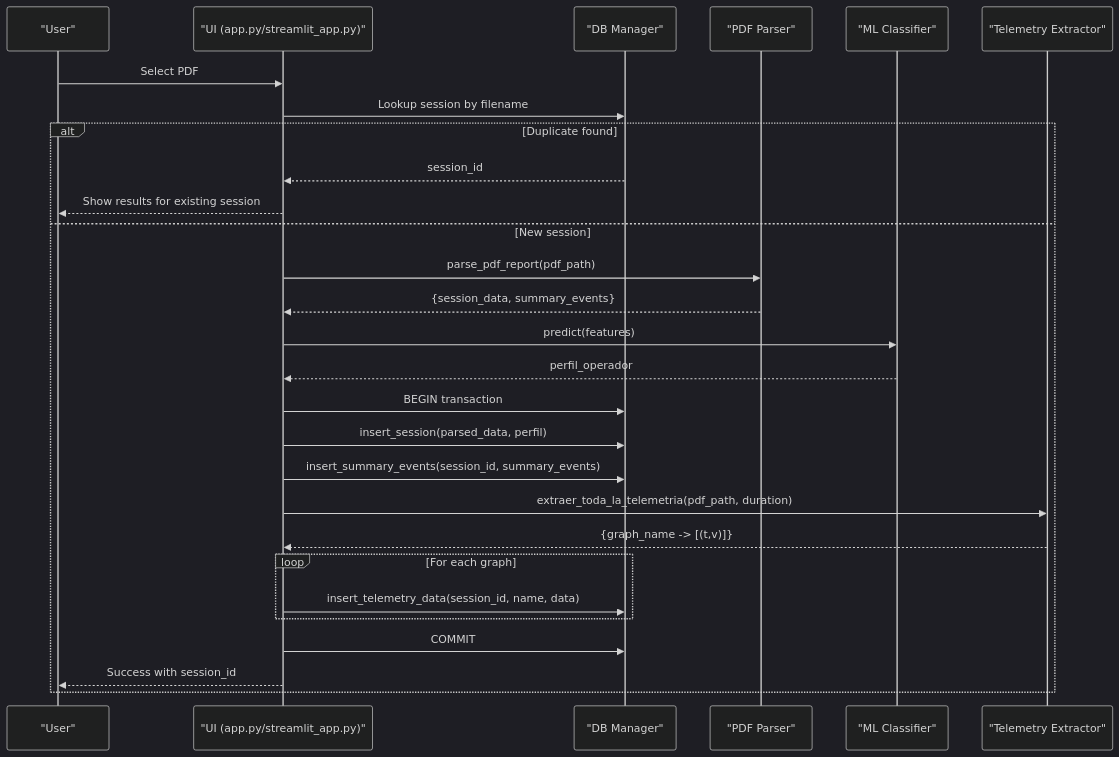
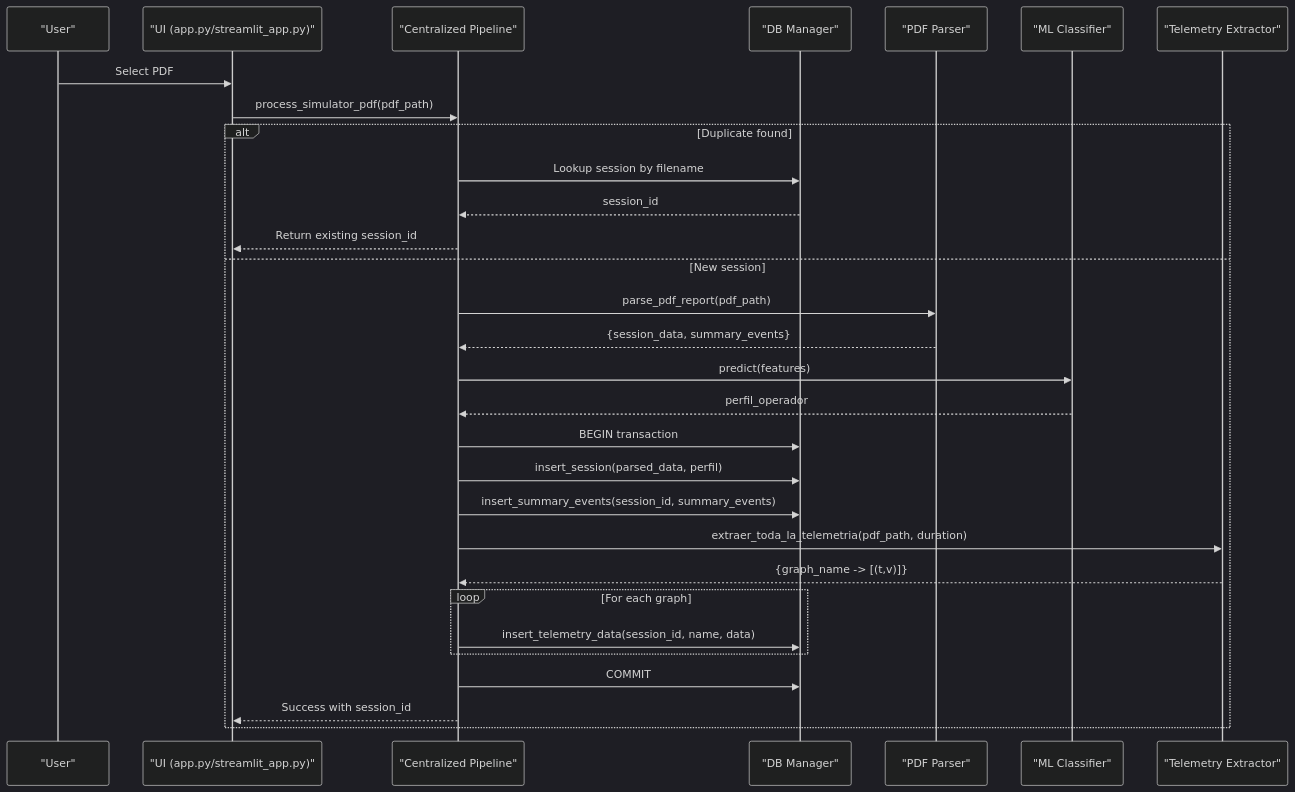
The second of 7 diagrams in .qoder/repowiki/en/content/Desktop Application/Core Workflows and Operations/PDF Processing Workflow.md (AgusCatra/Proyecto-titan.v2), drawn with Mermaid (dark theme) before and after one commit. The commit also changed other lines of this file and 36 other files, not shown here.

````diff
--- a/.qoder/repowiki/en/content/Desktop Application/Core Workflows and Operations/PDF Processing Workflow.md
+++ b/.qoder/repowiki/en/content/Desktop Application/Core Workflows and Operations/PDF Processing Workflow.md
@@ -89,30 +96,32 @@
 ```mermaid
 sequenceDiagram
 participant User as "User"
 participant UI as "UI (app.py/streamlit_app.py)"
+participant Pipeline as "Centralized Pipeline"
 participant DB as "DB Manager"
 participant Parser as "PDF Parser"
 participant ML as "ML Classifier"
 participant Telemetry as "Telemetry Extractor"
 User->>UI : Select PDF
-UI->>DB : Lookup session by filename
+UI->>Pipeline : process_simulator_pdf(pdf_path)
 alt Duplicate found
-DB-->>UI : session_id
-UI-->>User : Show results for existing session
+Pipeline->>DB : Lookup session by filename
+DB-->>Pipeline : session_id
+Pipeline-->>UI : Return existing session_id
 else New session
-UI->>Parser : parse_pdf_report(pdf_path)
-Parser-->>UI : {session_data, summary_events}
-UI->>ML : predict(features)
-ML-->>UI : perfil_operador
-UI->>DB : BEGIN transaction
-UI->>DB : insert_session(parsed_data, perfil)
-UI->>DB : insert_summary_events(session_id, summary_events)
-UI->>Telemetry : extraer_toda_la_telemetria(pdf_path, duration)
-Telemetry-->>UI : {graph_name -> [(t,v)]}
+Pipeline->>Parser : parse_pdf_report(pdf_path)
+Parser-->>Pipeline : {session_data, summary_events}
+Pipeline->>ML : predict(features)
+ML-->>Pipeline : perfil_operador
+Pipeline->>DB : BEGIN transaction
+Pipeline->>DB : insert_session(parsed_data, perfil)
+Pipeline->>DB : insert_summary_events(session_id, summary_events)
+Pipeline->>Telemetry : extraer_toda_la_telemetria(pdf_path, duration)
+Telemetry-->>Pipeline : {graph_name -> [(t,v)]}
 loop For each graph
-UI->>DB : insert_telemetry_data(session_id, name, data)
+Pipeline->>DB : insert_telemetry_data(session_id, name, data)
 end
-UI->>DB : COMMIT
-UI-->>User : Success with session_id
+Pipeline->>DB : COMMIT
+Pipeline-->>UI : Success with session_id
 end
 ```
````
